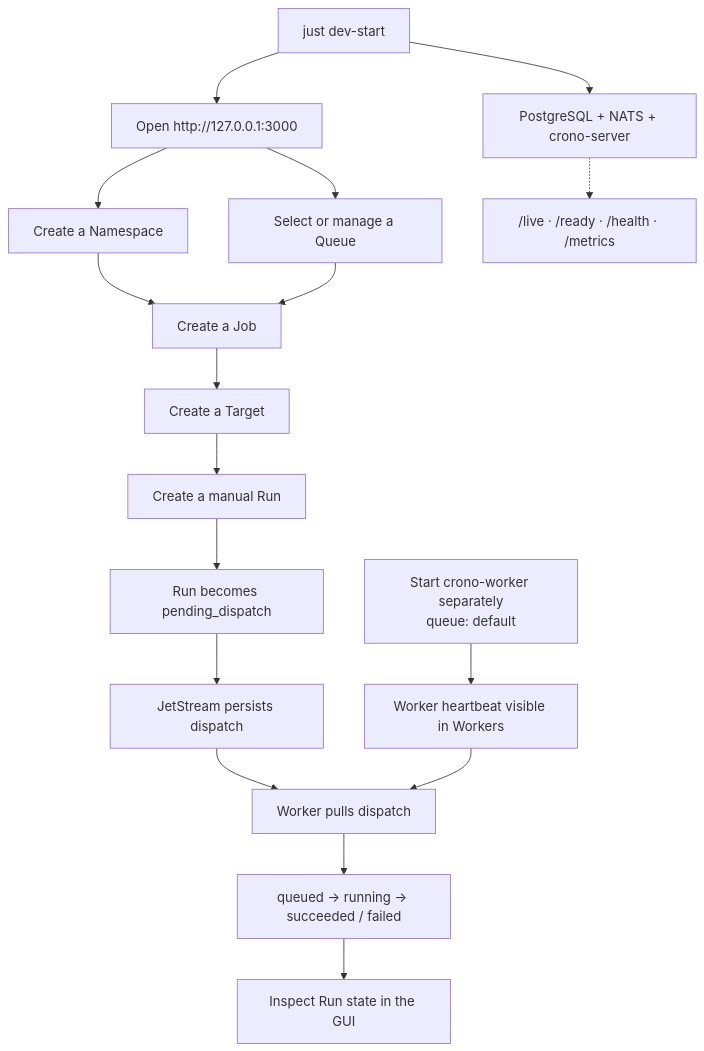
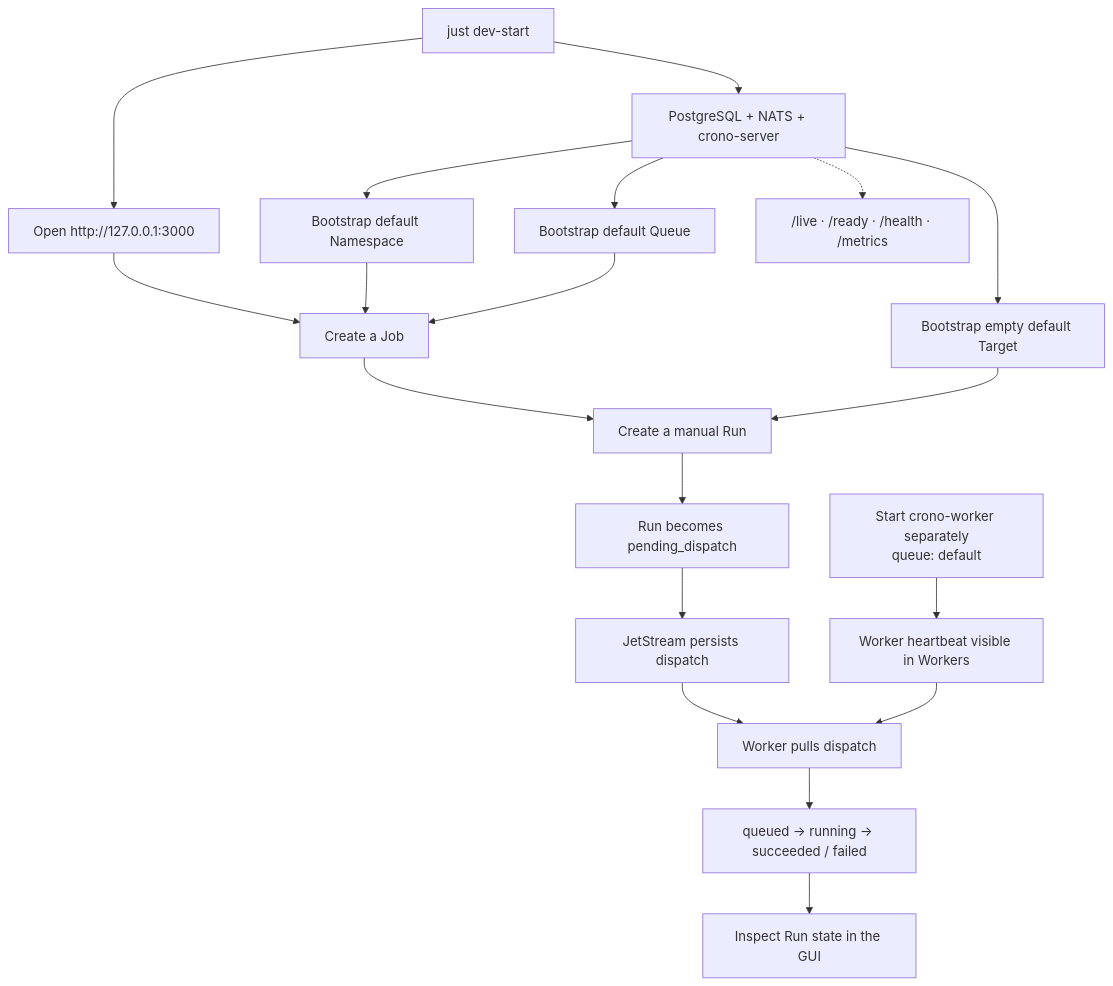
One commit to crono-io/crono changed the fifth of 5 diagrams in README.md. Above: the diagram before and after it, drawn with Mermaid. The commit also changed other lines of this file and 37 other files, not shown here.

````diff
--- a/README.md
+++ b/README.md
@@ -245,21 +249,23 @@
 ```mermaid
 flowchart TD
     Start["just dev-start"] --> Web["Open http://127.0.0.1:3000"]
     Start --> Infra["PostgreSQL + NATS + crono-server"]
     WorkerCmd["Start crono-worker separately<br/>queue: default"] --> Ready["Worker heartbeat visible in Workers"]
 
-    Web --> Namespace["Create a Namespace"]
-    Web --> Queue["Select or manage a Queue"]
-    Namespace --> Job["Create a Job"]
+    Infra --> Namespace["Bootstrap default Namespace"]
+    Infra --> Queue["Bootstrap default Queue"]
+    Infra --> Target["Bootstrap empty default Target"]
+    Web --> Job["Create a Job"]
+    Namespace --> Job
     Queue --> Job
-    Job --> Target["Create a Target"]
-    Target --> Run["Create a manual Run"]
+    Job --> Run["Create a manual Run"]
+    Target --> Run
     Run --> Outbox["Run becomes pending_dispatch"]
     Outbox --> JetStream["JetStream persists dispatch"]
     JetStream --> Consume["Worker pulls dispatch"]
     Ready --> Consume
     Consume --> Running["queued → running → succeeded / failed"]
     Running --> Inspect["Inspect Run state in the GUI"]
 
     Infra -.-> Health["/live · /ready · /health · /metrics"]
 ```
````
